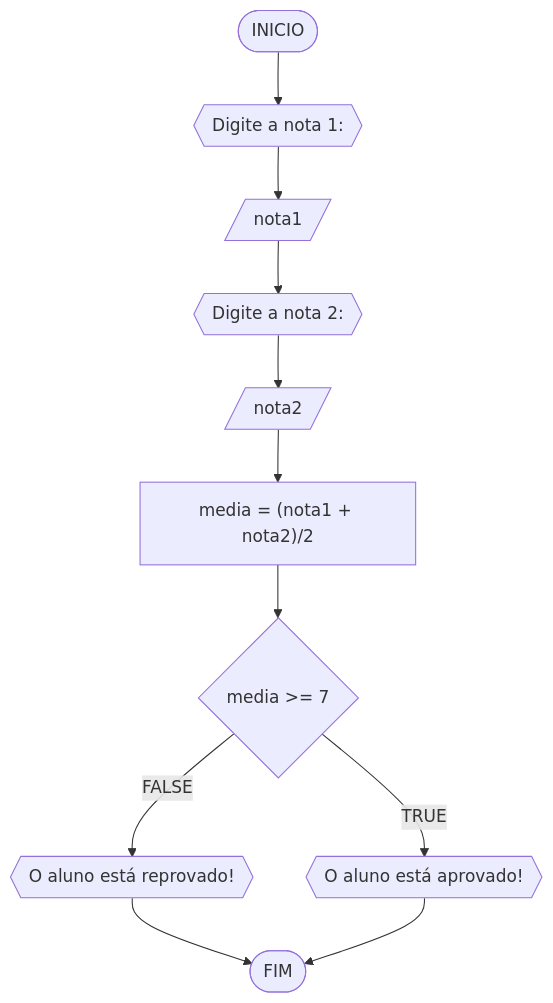
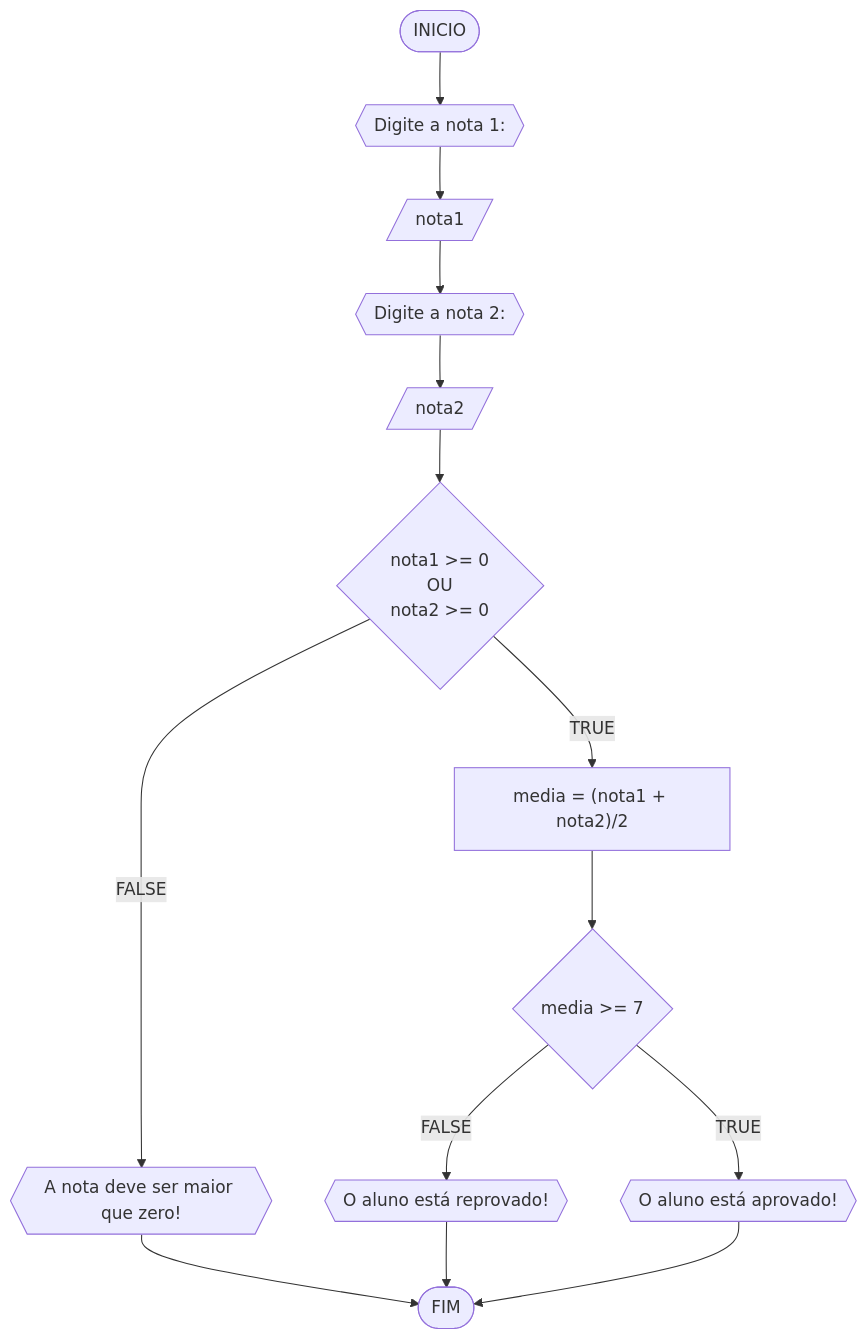
Before and after one commit to carubbi/unifor: the third of 4 diagrams in RLA/unidade1/lista1.md, drawn with Mermaid. The commit also changed other lines of this file, not shown here.

````diff
--- a/RLA/unidade1/lista1.md
+++ b/RLA/unidade1/lista1.md
@@ -101,13 +102,16 @@
 ```mermaid
 flowchart TD
 A([INICIO]) --> B{{"Digite a nota 1:"}}
 B --> C[/nota1/]
 C --> D{{"Digite a nota 2:"}}
 D --> E[/nota2/]
-E --> F["media = (nota1 + nota2)/2"]
-F --> G{media >= 7}
-G --FALSE--> H{{"O aluno está reprovado!"}}
-G --TRUE--> I{{"O aluno está aprovado!"}}
-H --> J([FIM])
-I --> J
+E --> F{nota1 >= 0<br> OU <br>nota2 >= 0}  
+F --FALSE--> K{{"A nota deve ser maior que zero!"}}
+K --> L([FIM])
+F --TRUE--> G["media = (nota1 + nota2)/2"]
+G --> H{media >= 7}
+H --FALSE--> I{{"O aluno está reprovado!"}}
+H --TRUE--> J{{"O aluno está aprovado!"}}
+I --> L
+J --> L
 ```
````
